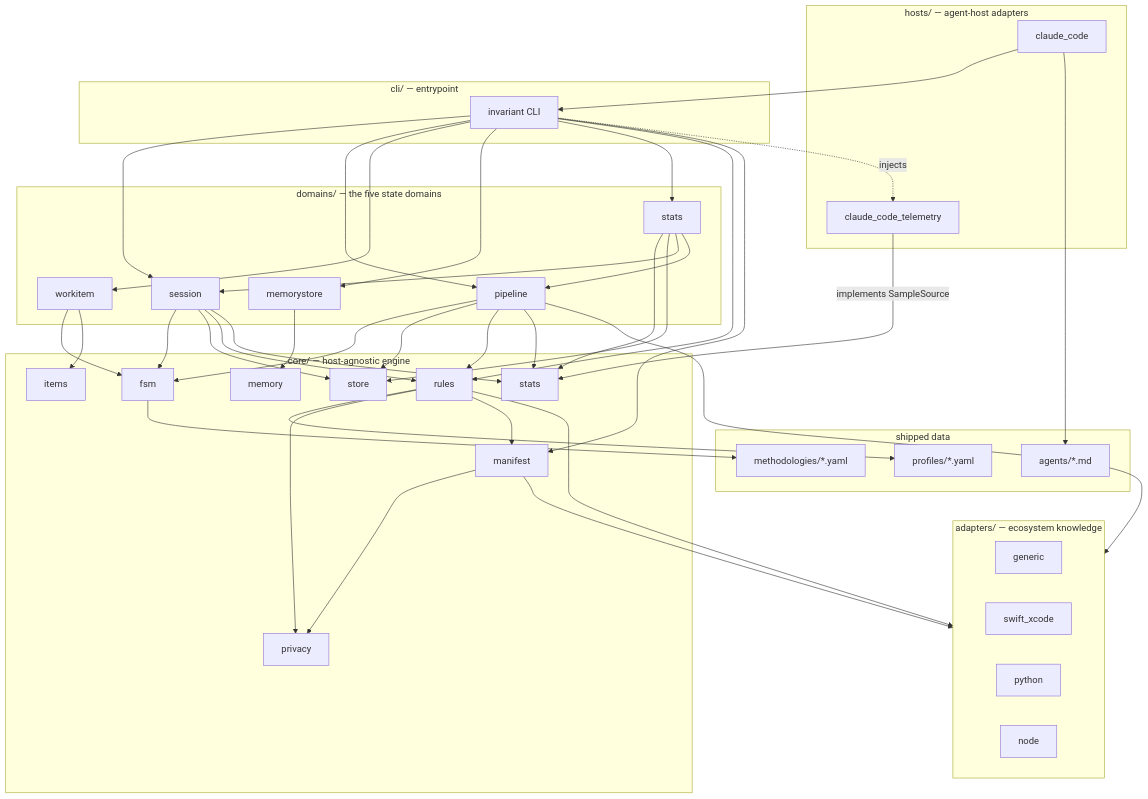
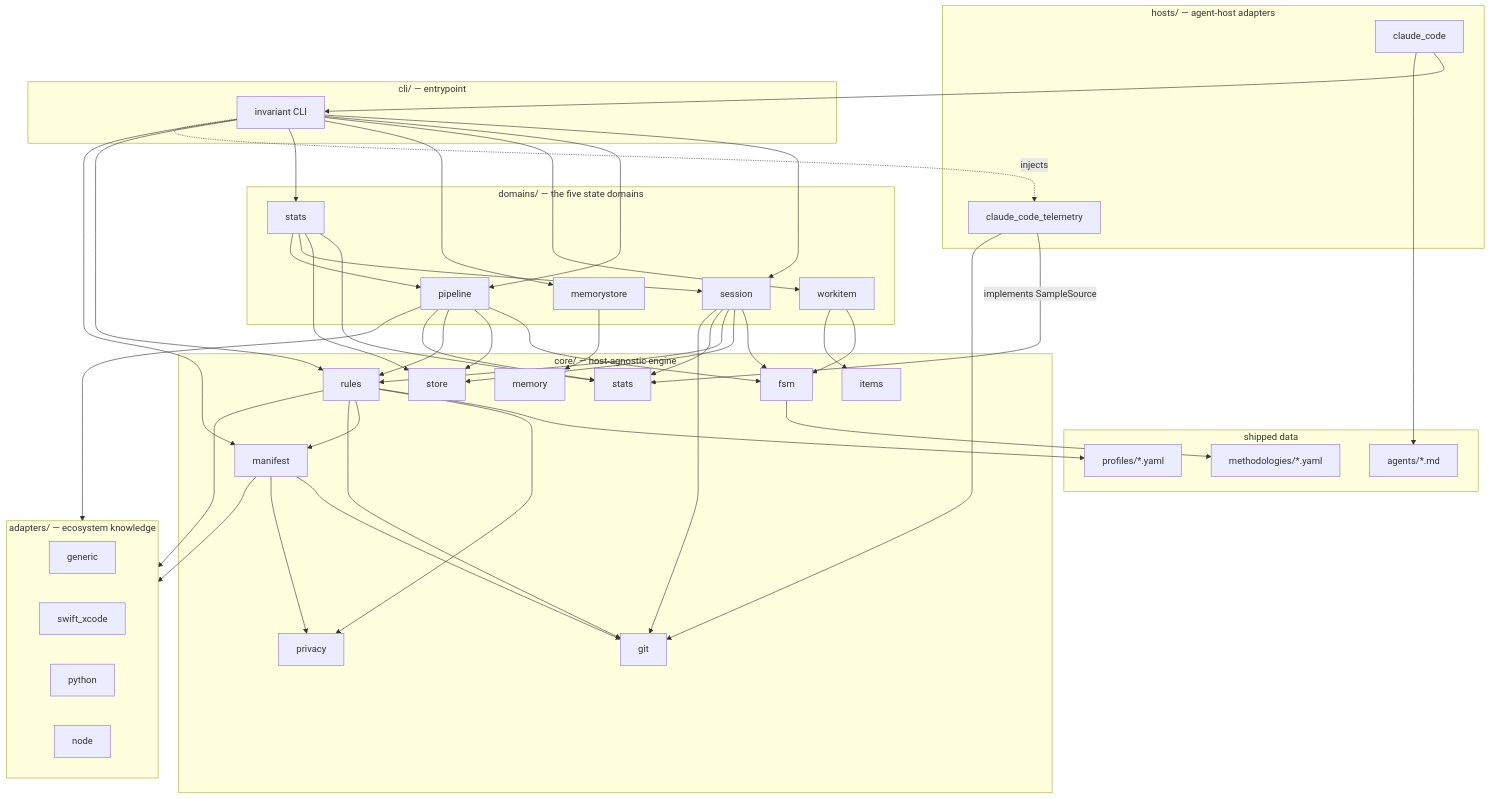
Before and after one commit to Mindchallenges/Invariant: the first of 3 diagrams in docs/architecture/overview.md, drawn with Mermaid. The commit also changed other lines of this file and 7 other files, not shown here.

````diff
--- a/docs/architecture/overview.md
+++ b/docs/architecture/overview.md
@@ -29,6 +29,7 @@
         MEMORY[memory]
         PRIVACY[privacy]
         STATS[stats]
+        GIT[git]
     end
 
     subgraph domains["domains/ — the five state domains"]
@@ -84,8 +85,12 @@
     RULES --> PRIVACY
     RULES --> MANIFEST
     RULES --> adapters
+    RULES --> GIT
+    SESSION --> GIT
+    MANIFEST --> GIT
+    CCTEL --> GIT
+    MANIFEST --> PRIVACY
     MANIFEST --> adapters
-    MANIFEST --> PRIVACY
     PIPELINE --> adapters
     CC --> AGENTS
 ```
````
